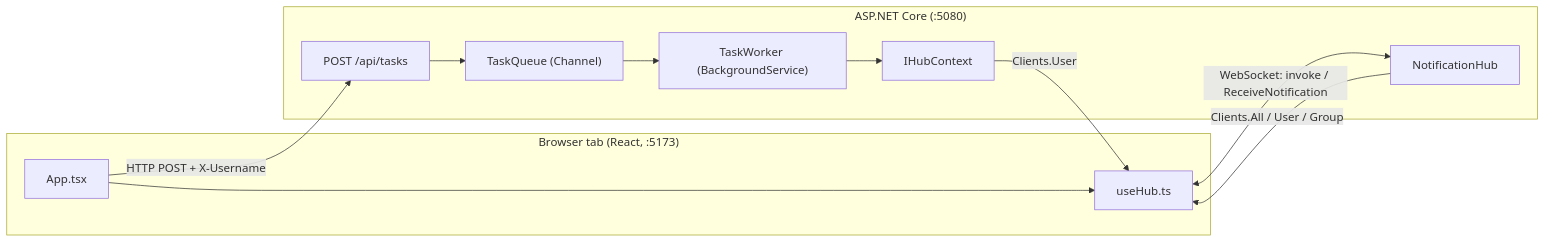
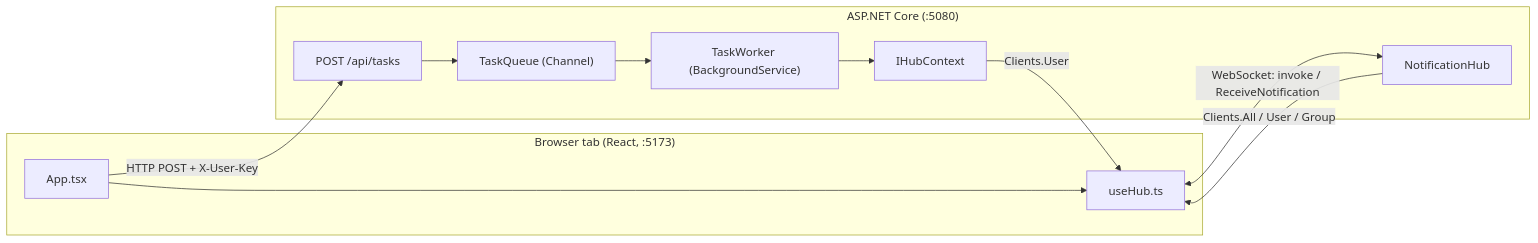
Before and after one commit to karkcoder/signalr-push-notification-demo: the diagram in ARCHITECTURE.md, drawn with Mermaid. The commit also changed other lines of this file and 11 other files, not shown here.

First line of the commit message:
refactor: rename username to user key and group to tenant key

````diff
--- a/ARCHITECTURE.md
+++ b/ARCHITECTURE.md
@@ -9,18 +9,18 @@
 ```mermaid
 flowchart LR
     subgraph Browser["Browser tab (React, :5173)"]
         UI["App.tsx"] --> Hook["useHub.ts"]
     end
     subgraph Server["ASP.NET Core (:5080)"]
         Hub["NotificationHub"]
         Ep["POST /api/tasks"]
         Q["TaskQueue (Channel)"]
         W["TaskWorker (BackgroundService)"]
         Ctx["IHubContext"]
         Ep --> Q --> W --> Ctx
     end
     Hook <-->|"WebSocket: invoke / ReceiveNotification"| Hub
-    UI -->|"HTTP POST + X-Username"| Ep
+    UI -->|"HTTP POST + X-User-Key"| Ep
     Hub -->|"Clients.All / User / Group"| Hook
     Ctx -->|"Clients.User"| Hook
 ```
````
